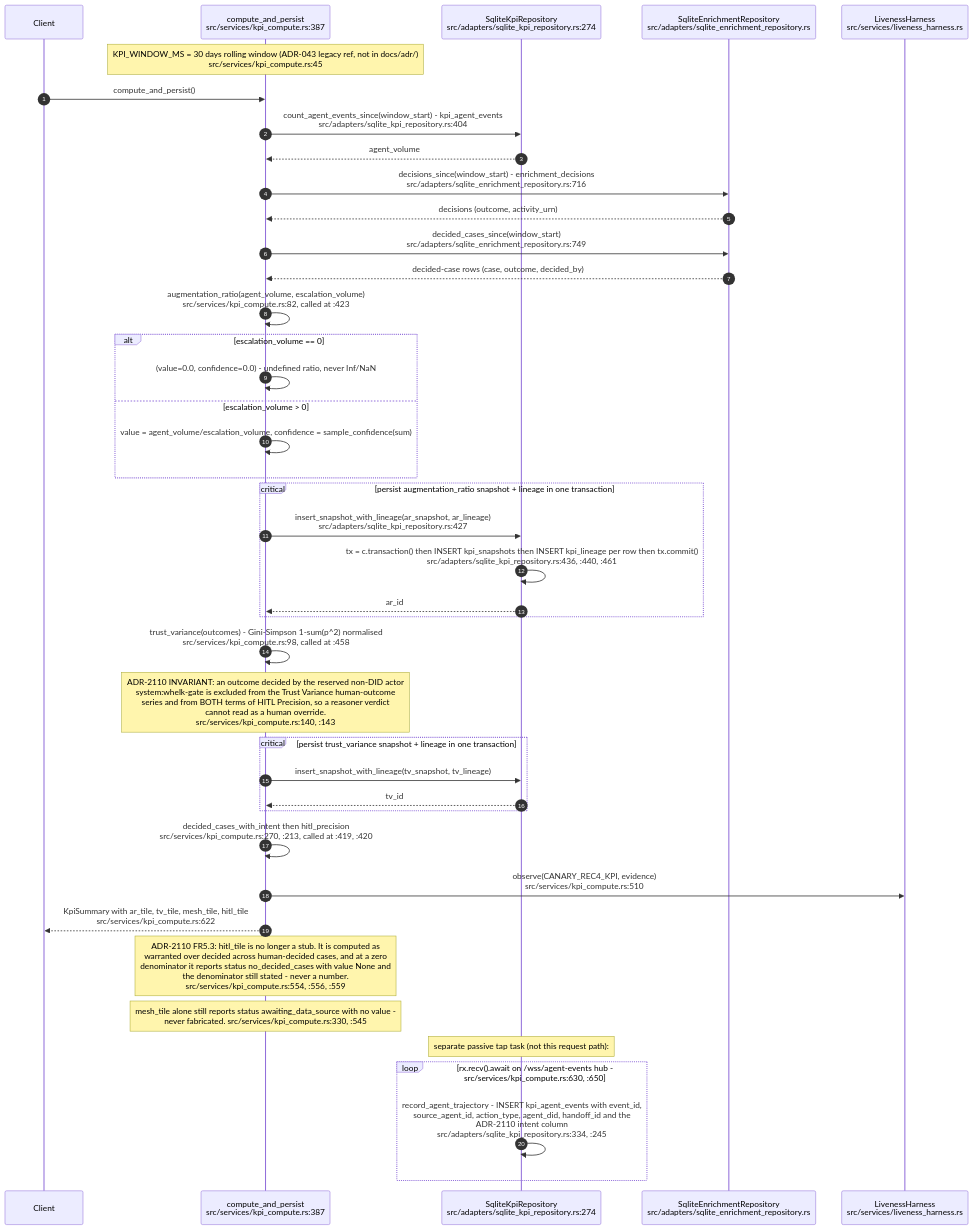
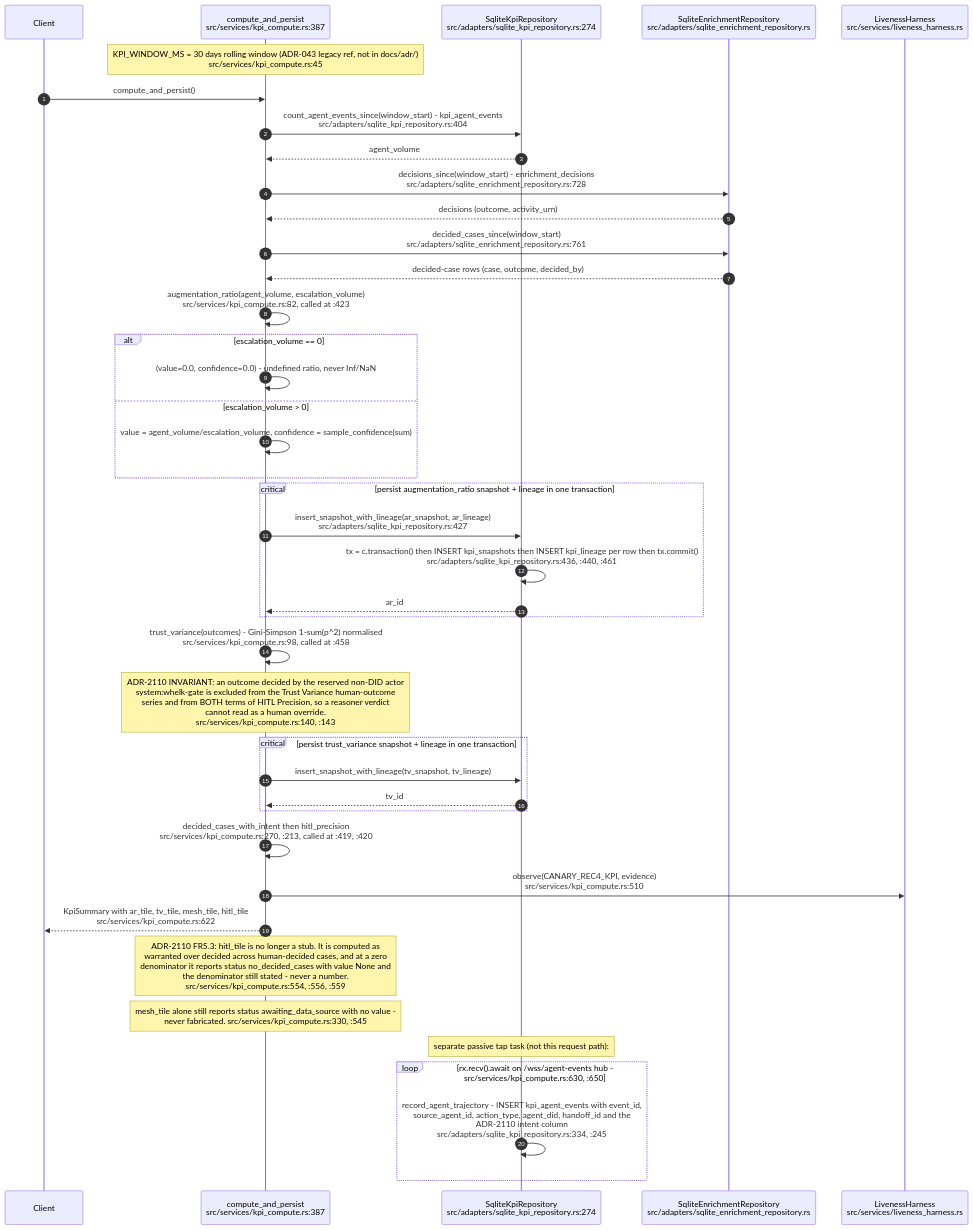
The third of 11 diagrams in docs/diagrams/visionclaw/25-insight-kpi-nlq-semantics.md (DreamLab-AI/VisionFlow), drawn with Mermaid before and after one commit. The commit also changed other lines of this file and 160 other files, not shown here.

````diff
--- a/docs/diagrams/visionclaw/25-insight-kpi-nlq-semantics.md
+++ b/docs/diagrams/visionclaw/25-insight-kpi-nlq-semantics.md
@@ -115,45 +119,45 @@
 ```mermaid
 sequenceDiagram
     autonumber
     participant C as Client
     participant K as compute_and_persist<br/>src/services/kpi_compute.rs:387
     participant KR as SqliteKpiRepository<br/>src/adapters/sqlite_kpi_repository.rs:274
     participant ER as SqliteEnrichmentRepository<br/>src/adapters/sqlite_enrichment_repository.rs
     participant LH as LivenessHarness<br/>src/services/liveness_harness.rs
 
     Note over K: KPI_WINDOW_MS = 30 days rolling window (ADR-043 legacy ref, not in docs/adr/)<br/>src/services/kpi_compute.rs:45
     C->>K: compute_and_persist()
     K->>KR: count_agent_events_since(window_start) - kpi_agent_events<br/>src/adapters/sqlite_kpi_repository.rs:404
     KR-->>K: agent_volume
-    K->>ER: decisions_since(window_start) - enrichment_decisions<br/>src/adapters/sqlite_enrichment_repository.rs:716
+    K->>ER: decisions_since(window_start) - enrichment_decisions<br/>src/adapters/sqlite_enrichment_repository.rs:728
     ER-->>K: decisions (outcome, activity_urn)
-    K->>ER: decided_cases_since(window_start)<br/>src/adapters/sqlite_enrichment_repository.rs:749
+    K->>ER: decided_cases_since(window_start)<br/>src/adapters/sqlite_enrichment_repository.rs:761
     ER-->>K: decided-case rows (case, outcome, decided_by)
     K->>K: augmentation_ratio(agent_volume, escalation_volume)<br/>src/services/kpi_compute.rs:82, called at :423
     alt escalation_volume == 0
         K->>K: (value=0.0, confidence=0.0) - undefined ratio, never Inf/NaN
     else escalation_volume > 0
         K->>K: value = agent_volume/escalation_volume, confidence = sample_confidence(sum)
     end
     critical persist augmentation_ratio snapshot + lineage in one transaction
         K->>KR: insert_snapshot_with_lineage(ar_snapshot, ar_lineage)<br/>src/adapters/sqlite_kpi_repository.rs:427
         KR->>KR: tx = c.transaction() then INSERT kpi_snapshots then INSERT kpi_lineage per row then tx.commit()<br/>src/adapters/sqlite_kpi_repository.rs:436, :440, :461
         KR-->>K: ar_id
     end
     K->>K: trust_variance(outcomes) - Gini-Simpson 1-sum(p^2) normalised<br/>src/services/kpi_compute.rs:98, called at :458
     Note over K: ADR-2110 INVARIANT: an outcome decided by the reserved non-DID actor<br/>system:whelk-gate is excluded from the Trust Variance human-outcome<br/>series and from BOTH terms of HITL Precision, so a reasoner verdict<br/>cannot read as a human override.<br/>src/services/kpi_compute.rs:140, :143
     critical persist trust_variance snapshot + lineage in one transaction
         K->>KR: insert_snapshot_with_lineage(tv_snapshot, tv_lineage)
         KR-->>K: tv_id
     end
     K->>K: decided_cases_with_intent then hitl_precision<br/>src/services/kpi_compute.rs:270, :213, called at :419, :420
     K->>LH: observe(CANARY_REC4_KPI, evidence)<br/>src/services/kpi_compute.rs:510
     K-->>C: KpiSummary with ar_tile, tv_tile, mesh_tile, hitl_tile<br/>src/services/kpi_compute.rs:622
     Note over K: ADR-2110 FR5.3: hitl_tile is no longer a stub. It is computed as<br/>warranted over decided across human-decided cases, and at a zero<br/>denominator it reports status no_decided_cases with value None and<br/>the denominator still stated - never a number.<br/>src/services/kpi_compute.rs:554, :556, :559
     Note over K: mesh_tile alone still reports status awaiting_data_source with no value -<br/>never fabricated. src/services/kpi_compute.rs:330, :545
 
     Note over KR: separate passive tap task (not this request path):
     loop rx.recv().await on /wss/agent-events hub - src/services/kpi_compute.rs:630, :650
         KR->>KR: record_agent_trajectory - INSERT kpi_agent_events with event_id,<br/>source_agent_id, action_type, agent_did, handoff_id and the<br/>ADR-2110 intent column<br/>src/adapters/sqlite_kpi_repository.rs:334, :245
     end
 ```
````
